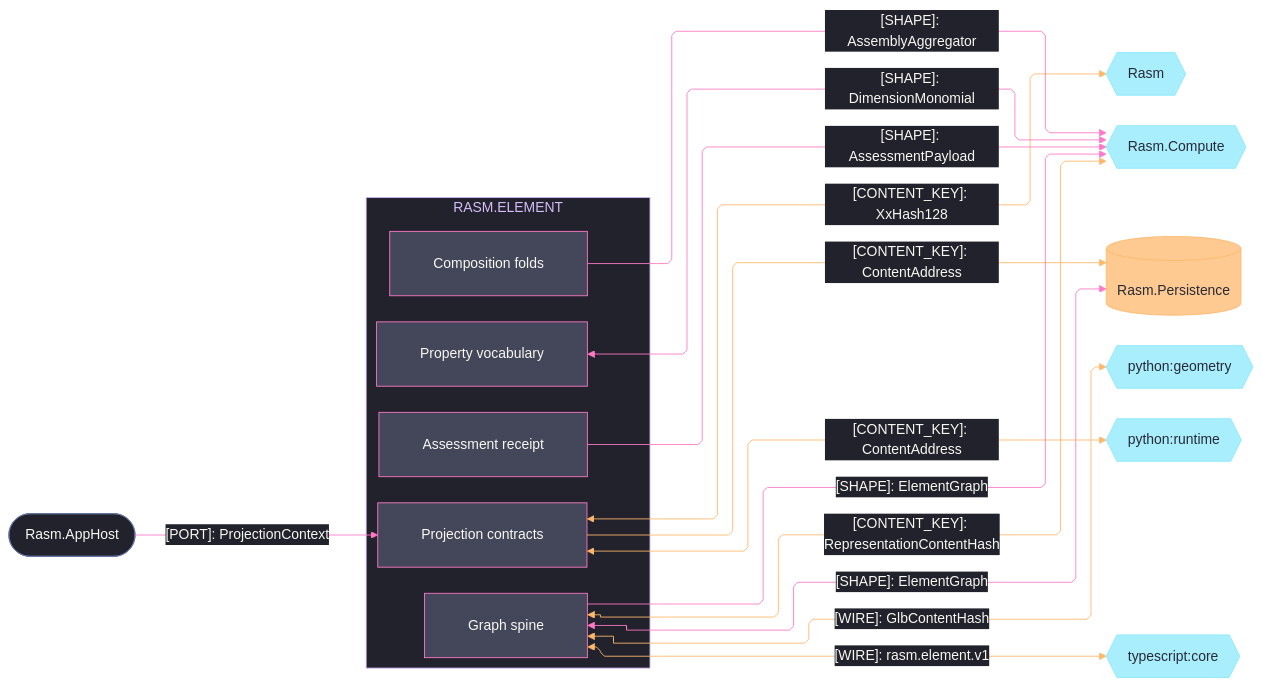
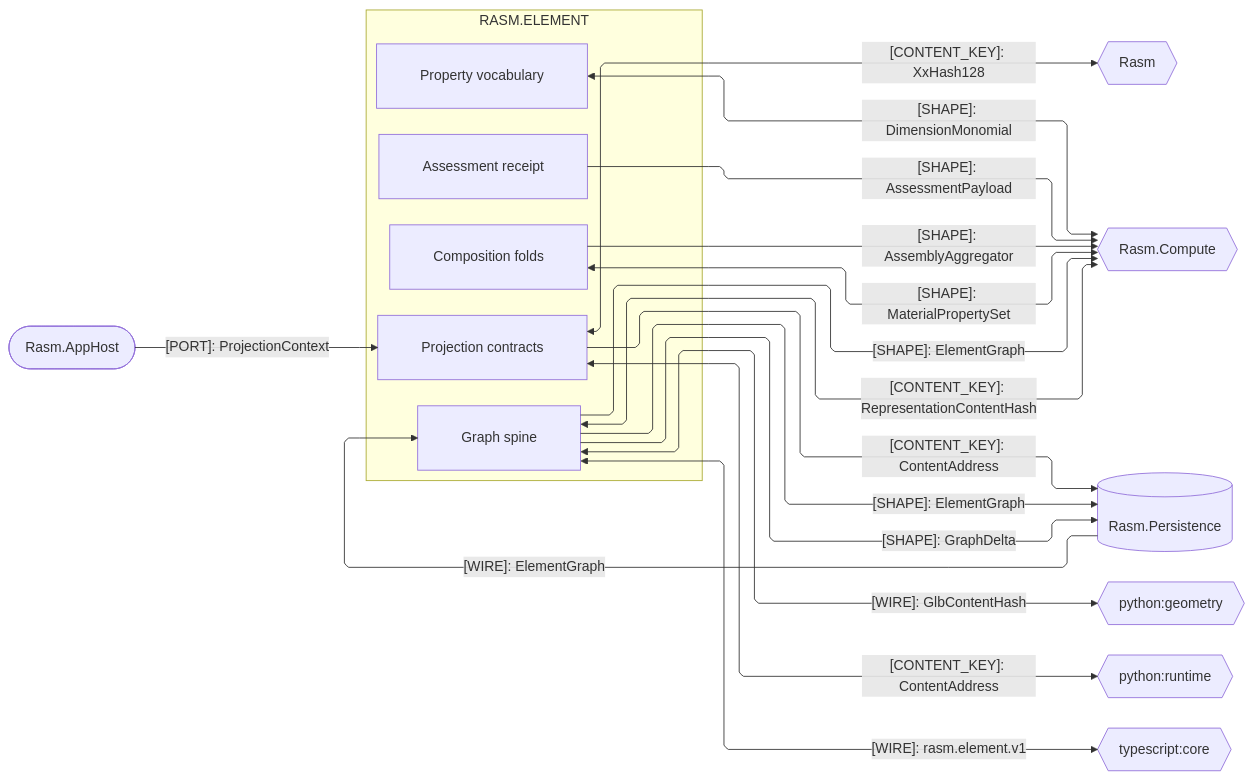
Before and after one commit to bsamiee/Rasm: the third of 3 diagrams in libs/csharp/Rasm.Element/ARCHITECTURE.md, drawn with Mermaid. The commit also changed other lines of this file and 460 other files, not shown here.

````diff
--- a/libs/csharp/Rasm.Element/ARCHITECTURE.md
+++ b/libs/csharp/Rasm.Element/ARCHITECTURE.md
@@ -191,69 +138,41 @@
 ```mermaid
 ---
 config:
-  theme: base
-  look: classic
   layout: elk
   flowchart:
     curve: linear
     padding: 25
-  themeVariables:
-    darkMode: true
-    fontFamily: "SF Mono, Menlo, Cascadia Mono, Segoe UI Mono, Consolas, monospace"
-    useGradient: false
-    dropShadow: "none"
-    background: "#282A36"
-    primaryColor: "#44475A"
-    primaryTextColor: "#F8F8F2"
-    primaryBorderColor: "#BD93F9"
-    lineColor: "#FF79C6"
-    textColor: "#F8F8F2"
-    clusterBkg: "#21222C"
-    clusterBorder: "#D6BCFA"
-    edgeLabelBackground: "#21222C"
-    labelBackgroundColor: "#21222C"
-    titleColor: "#D6BCFA"
-  themeCSS: ".nodeLabel{font-size:13px;font-weight:500}.edgeLabel{font-size:12px;font-weight:500}.cluster-label .nodeLabel{font-size:13.5px;font-weight:700;letter-spacing:.08em}.edge-thickness-normal{stroke-width:2px}.edge-thickness-thick{stroke-width:3px}.edge-pattern-dashed,.edge-pattern-dotted{stroke-width:1.5px;stroke-dasharray:4 6}.node rect,.node circle,.node polygon,.node path,.node .outer-path{stroke-width:1.5px;filter:none!important}.cluster rect{stroke-width:1px!important;stroke-dasharray:5 4!important;filter:none!important}.marker path{transform:scale(.8);transform-origin:5px 5px}.marker circle{transform:scale(.48);transform-origin:5px 5px}.edgeLabel rect{transform-box:fill-box;transform-origin:center;transform:scale(1.1,1.2)}"
 ---
 flowchart LR
     accTitle: Element platform and cross-runtime wire seams
-    accDescr: Element sub-domain owners exchanging content keys and wires with the kernel, app host, compute, persistence, and the Python and TypeScript peers, edge rails colored by kind and nodes classed by seam direction.
+    accDescr: Element sub-domain owners exchanging content keys, shapes, and wires with the kernel, app host, compute, persistence, and the Python and TypeScript peers, one edge per contract family mirrored on the counterpart folder.
     subgraph element[RASM.ELEMENT]
         Graph[Graph spine]
         Projection[Projection contracts]
         Composition[Composition folds]
         Properties[Property vocabulary]
         Assessment[Assessment receipt]
     end
     Rasm{{Rasm}}
     AppHost([Rasm.AppHost])
     Compute{{Rasm.Compute}}
     Persistence[(Rasm.Persistence)]
     Geometry{{python:geometry}}
     Runtime{{python:runtime}}
     Core{{typescript:core}}
-    Projection e1@<-->|"[CONTENT_KEY]: XxHash128"| Rasm
-    AppHost e2@-->|"[PORT]: ProjectionContext"| Projection
-    Projection e3@-->|"[CONTENT_KEY]: ContentAddress"| Persistence
-    Graph e4@<-->|"[SHAPE]: ElementGraph"| Persistence
-    Graph e5@<-->|"[CONTENT_KEY]: RepresentationContentHash"| Compute
-    Composition e6@-->|"[SHAPE]: AssemblyAggregator"| Compute
-    Properties e7@<-->|"[SHAPE]: DimensionMonomial"| Compute
-    Assessment e8@-->|"[SHAPE]: AssessmentPayload"| Compute
-    Graph e9@<-->|"[WIRE]: GlbContentHash"| Geometry
-    Projection e10@<-->|"[CONTENT_KEY]: ContentAddress"| Runtime
-    Graph e11@<-->|"[WIRE]: rasm.element.v1"| Core
-    Graph e12@-->|"[SHAPE]: ElementGraph"| Compute
-    classDef primary fill:#44475A,stroke:#FF79C6,color:#F8F8F2
-    classDef external fill:#8BE9FDBF,stroke:#8BE9FD,color:#282A36
-    classDef data fill:#FFB86CBF,stroke:#FFB86C,color:#282A36
-    classDef annotation fill:#21222C,stroke:#6272A4,color:#F8F8F2
-    classDef edgeData stroke:#FFB86C,color:#F8F8F2
-    classDef edgeControl stroke:#FF79C6,color:#F8F8F2
-    class Graph,Projection,Composition,Properties,Assessment primary
-    class Rasm,Compute,Geometry,Runtime,Core external
-    class Persistence data
-    class AppHost annotation
-    class e1,e3,e5,e9,e10,e11 edgeData
-    class e2,e4,e6,e7,e8,e12 edgeControl
+    Projection <-->|"[CONTENT_KEY]: XxHash128"| Rasm
+    AppHost -->|"[PORT]: ProjectionContext"| Projection
+    Projection -->|"[CONTENT_KEY]: ContentAddress"| Persistence
+    Graph -->|"[SHAPE]: ElementGraph"| Persistence
+    Graph -->|"[SHAPE]: GraphDelta"| Persistence
+    Persistence -->|"[WIRE]: ElementGraph"| Graph
+    Graph <-->|"[CONTENT_KEY]: RepresentationContentHash"| Compute
+    Composition -->|"[SHAPE]: AssemblyAggregator"| Compute
+    Composition <-->|"[SHAPE]: MaterialPropertySet"| Compute
+    Properties <-->|"[SHAPE]: DimensionMonomial"| Compute
+    Assessment -->|"[SHAPE]: AssessmentPayload"| Compute
+    Graph -->|"[SHAPE]: ElementGraph"| Compute
+    Graph <-->|"[WIRE]: GlbContentHash"| Geometry
+    Projection <-->|"[CONTENT_KEY]: ContentAddress"| Runtime
+    Graph <-->|"[WIRE]: rasm.element.v1"| Core
 ```
````
